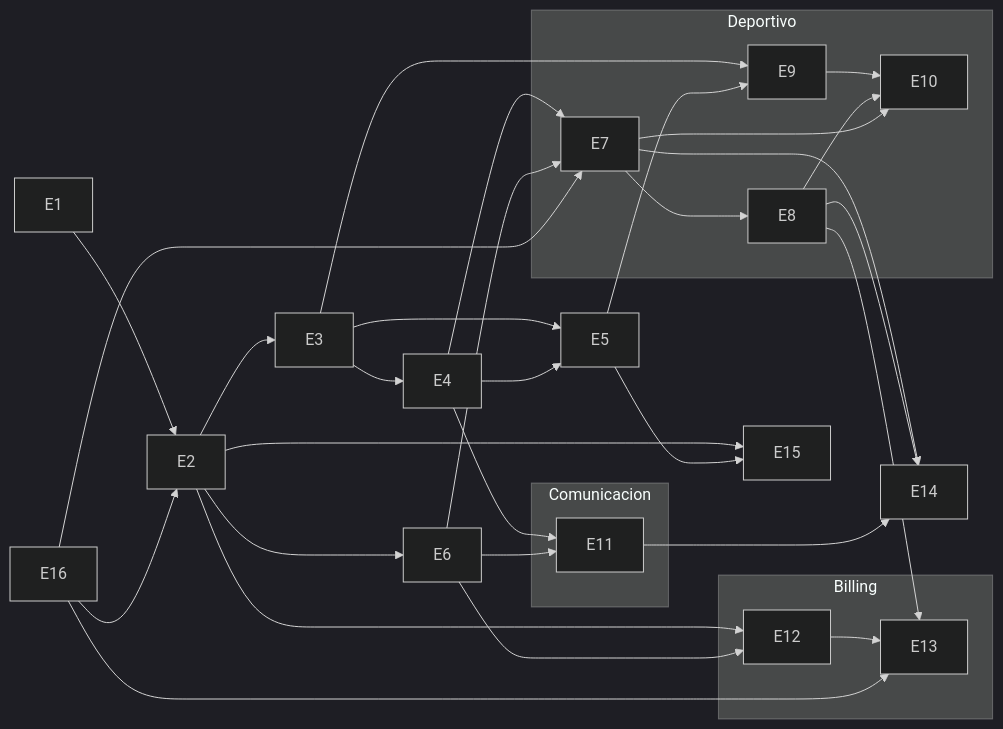
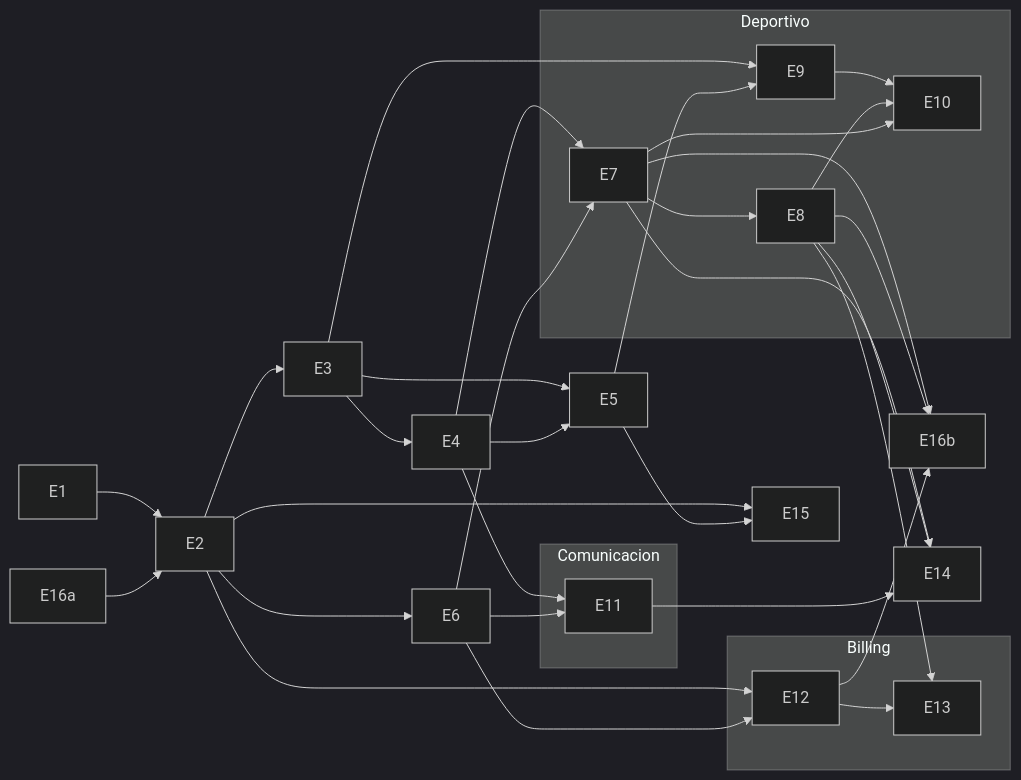
The diagram in docs/plan-maestro.md (cjgomezr/sea-dragons-web), drawn with Mermaid (dark theme) before and after one commit. The commit also changed other lines of this file and 1 other file, not shown here.

````diff
--- a/docs/plan-maestro.md
+++ b/docs/plan-maestro.md
@@ -36,38 +57,39 @@
 ```mermaid
 graph LR
   E1 --> E2 --> E3 --> E4
-  E16 --> E2
+  E16a --> E2
+  E7 --> E16b
+  E8 --> E16b
+  E12 --> E16b
   E3 --> E5
   E4 --> E5
   E2 --> E6
 
   subgraph Deportivo
     E7 --> E8
     E9 --> E10
     E8 --> E10
     E7 --> E10
   end
   subgraph Comunicacion
     E11
   end
   subgraph Billing
     E12 --> E13
   end
 
   E4 --> E7
   E6 --> E7
-  E16 --> E7
   E3 --> E9
   E5 --> E9
   E4 --> E11
   E6 --> E11
   E2 --> E12
   E6 --> E12
   E8 --> E13
-  E16 --> E13
   E2 --> E15
   E5 --> E15
   E7 --> E14
   E8 --> E14
   E11 --> E14
 ```
````
